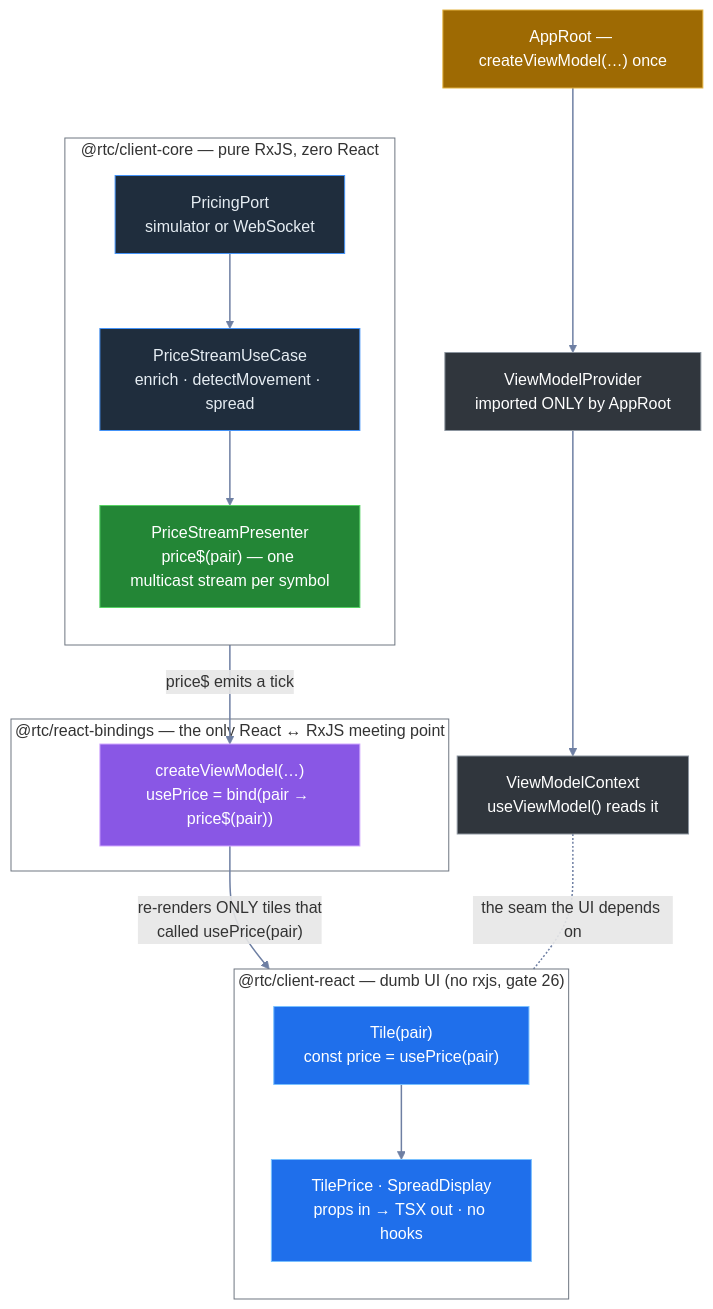
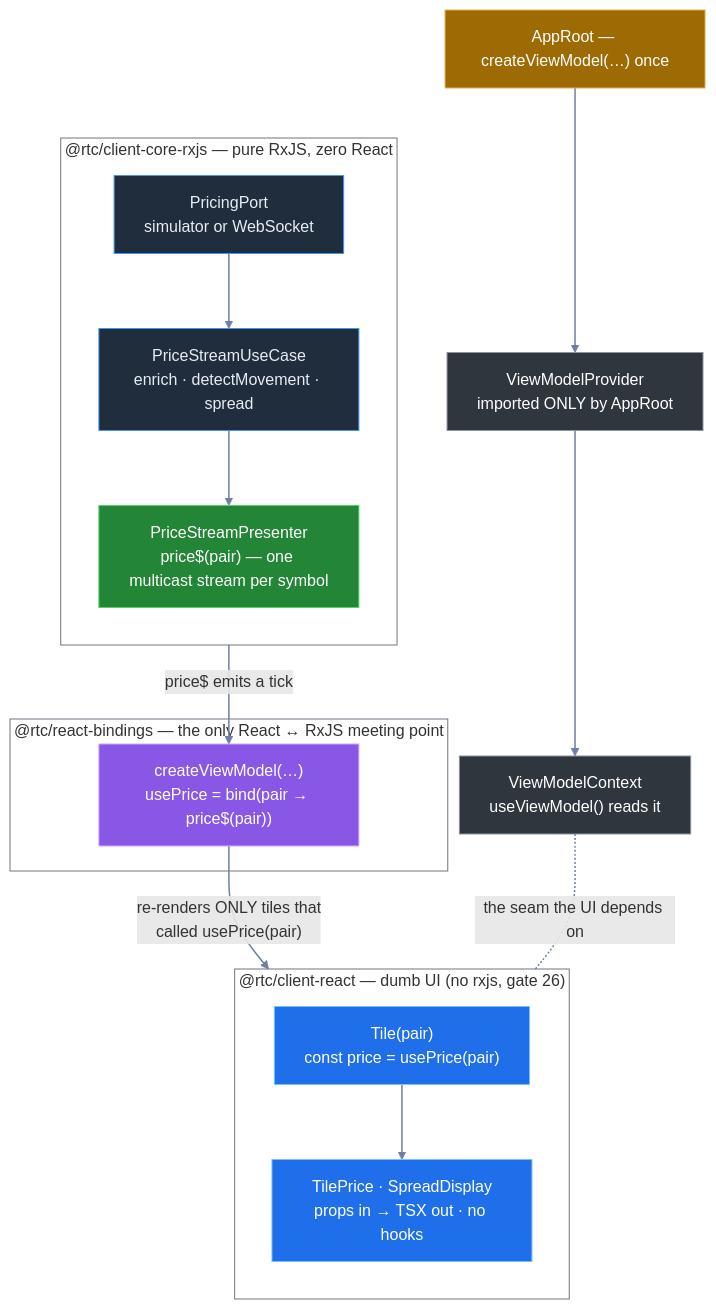
The fifth of 7 diagrams in docs/architecture/02-c4-model.md (bettersoftware-io/ReactiveTraderCloudClone), drawn with Mermaid before and after one commit. The commit also changed other lines of this file and 43 other files, not shown here.

First line of the commit message:
docs: the three sibling cores and @rtc/client-adapters; retire the import codemod

````diff
--- a/docs/architecture/02-c4-model.md
+++ b/docs/architecture/02-c4-model.md
@@ -215,40 +215,40 @@
 ```mermaid
 flowchart TB
-    subgraph core["@rtc/client-core — pure RxJS, zero React"]
+    subgraph core["@rtc/client-core-rxjs — pure RxJS, zero React"]
         direction TB
         port["PricingPort<br/>simulator or WebSocket"]:::domain
         uc["PriceStreamUseCase<br/>enrich · detectMovement · spread"]:::domain
         pres["PriceStreamPresenter<br/>price$(pair) — one multicast stream per symbol"]:::coreN
         port --> uc --> pres
     end
 
     subgraph seam["@rtc/react-bindings — the only React ↔ RxJS meeting point"]
         vm["createViewModel(…)<br/>usePrice = bind(pair → price$(pair))"]:::bridge
     end
 
     subgraph ui["@rtc/client-react — dumb UI (no rxjs, gate 26)"]
         direction TB
         tile["Tile(pair)<br/>const price = usePrice(pair)"]:::uiN
         leaf["TilePrice · SpreadDisplay<br/>props in → TSX out · no hooks"]:::uiN
         tile --> leaf
     end
 
     root["AppRoot — createViewModel(…) once"]:::rootN
     provider["ViewModelProvider<br/>imported ONLY by AppRoot"]:::split
     ctx["ViewModelContext<br/>useViewModel() reads it"]:::split
 
     pres -- "price$ emits a tick" --> vm
     vm -- "re-renders ONLY tiles that<br/>called usePrice(pair)" --> tile
     root --> provider --> ctx -. "the seam the UI depends on" .- tile
 
     classDef domain fill:#1f2d3d,stroke:#4493f8,color:#e6edf3
     classDef coreN  fill:#238636,stroke:#56d364,color:#ffffff
     classDef bridge fill:#8957e5,stroke:#d2a8ff,color:#ffffff
     classDef uiN    fill:#1f6feb,stroke:#79c0ff,color:#ffffff
     classDef rootN  fill:#9e6a03,stroke:#e3b341,color:#ffffff
     classDef split  fill:#30363d,stroke:#8b949e,color:#ffffff
     style core fill:transparent,stroke:#6e7681
     style seam fill:transparent,stroke:#6e7681
     style ui fill:transparent,stroke:#6e7681
     linkStyle default stroke:#6e7fa3,stroke-width:1.5px
 ```
````
